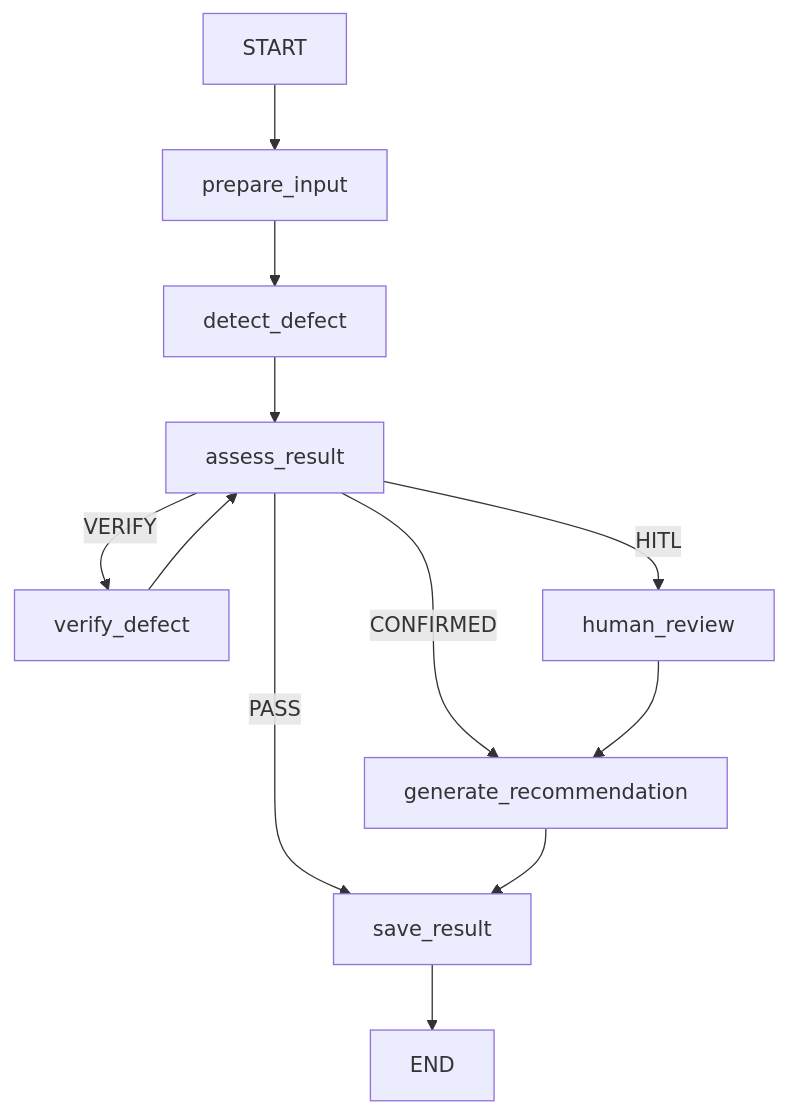
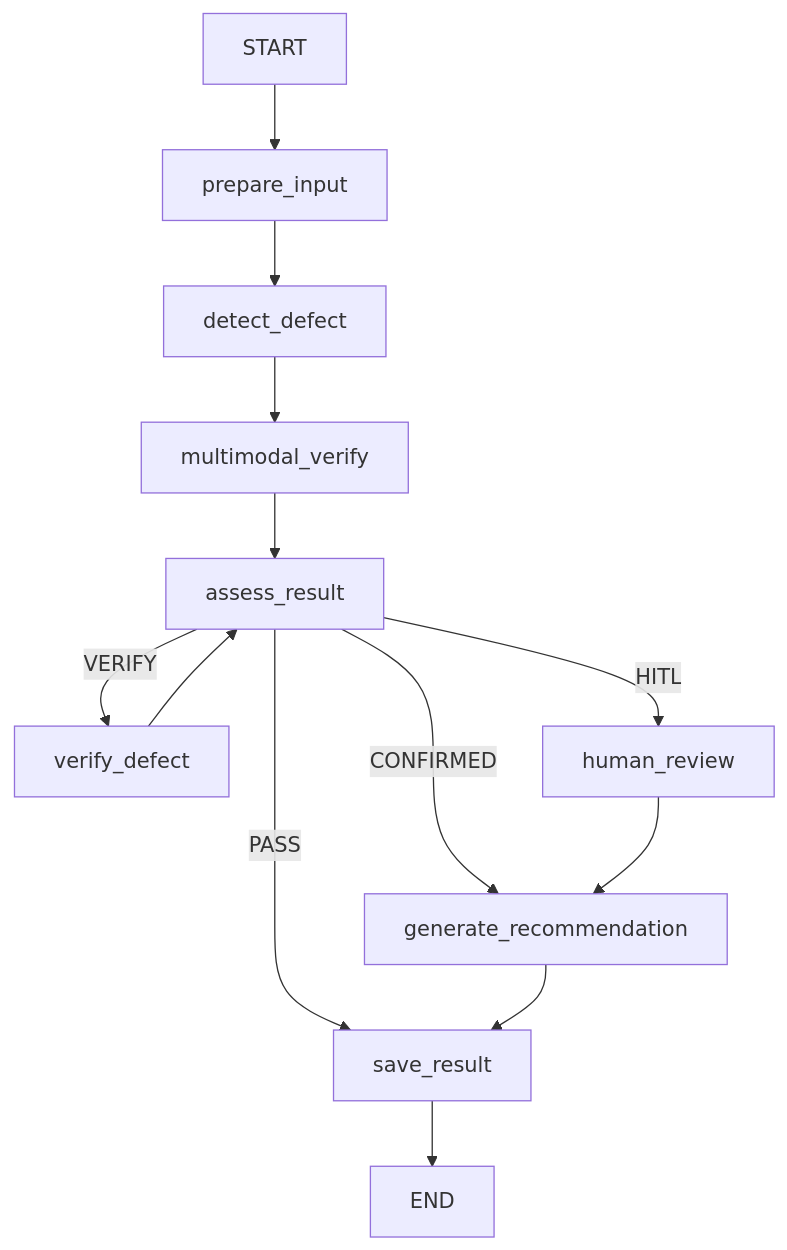
Before and after one commit to Dang2k5/surface_car: the diagram in AGENT_FLOW.md, drawn with Mermaid. The commit also changed other lines of this file and 8 other files, not shown here.

First line of the commit message:
Thêm node multimodal_verify (Vision LLM) vào LangGraph Visual QC Agent

````diff
--- a/AGENT_FLOW.md
+++ b/AGENT_FLOW.md
@@ -8,14 +8,15 @@
 ```mermaid
 flowchart TD
     START --> prepare_input
     prepare_input --> detect_defect
-    detect_defect --> assess_result
+    detect_defect --> multimodal_verify
+    multimodal_verify --> assess_result
     assess_result -->|PASS| save_result
     assess_result -->|CONFIRMED| generate_recommendation
     assess_result -->|VERIFY| verify_defect
     assess_result -->|HITL| human_review
     verify_defect --> assess_result
     human_review --> generate_recommendation
     generate_recommendation --> save_result
     save_result --> END
 ```
````
